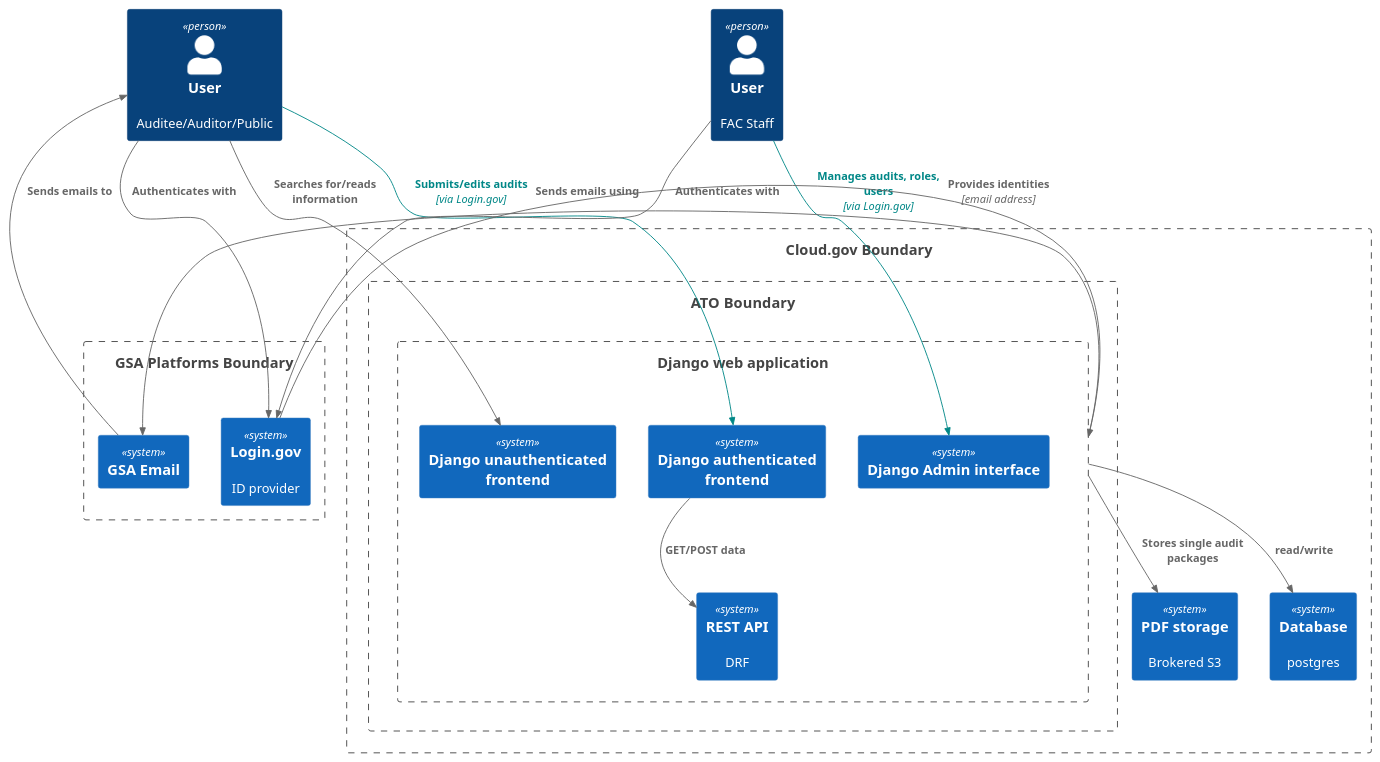
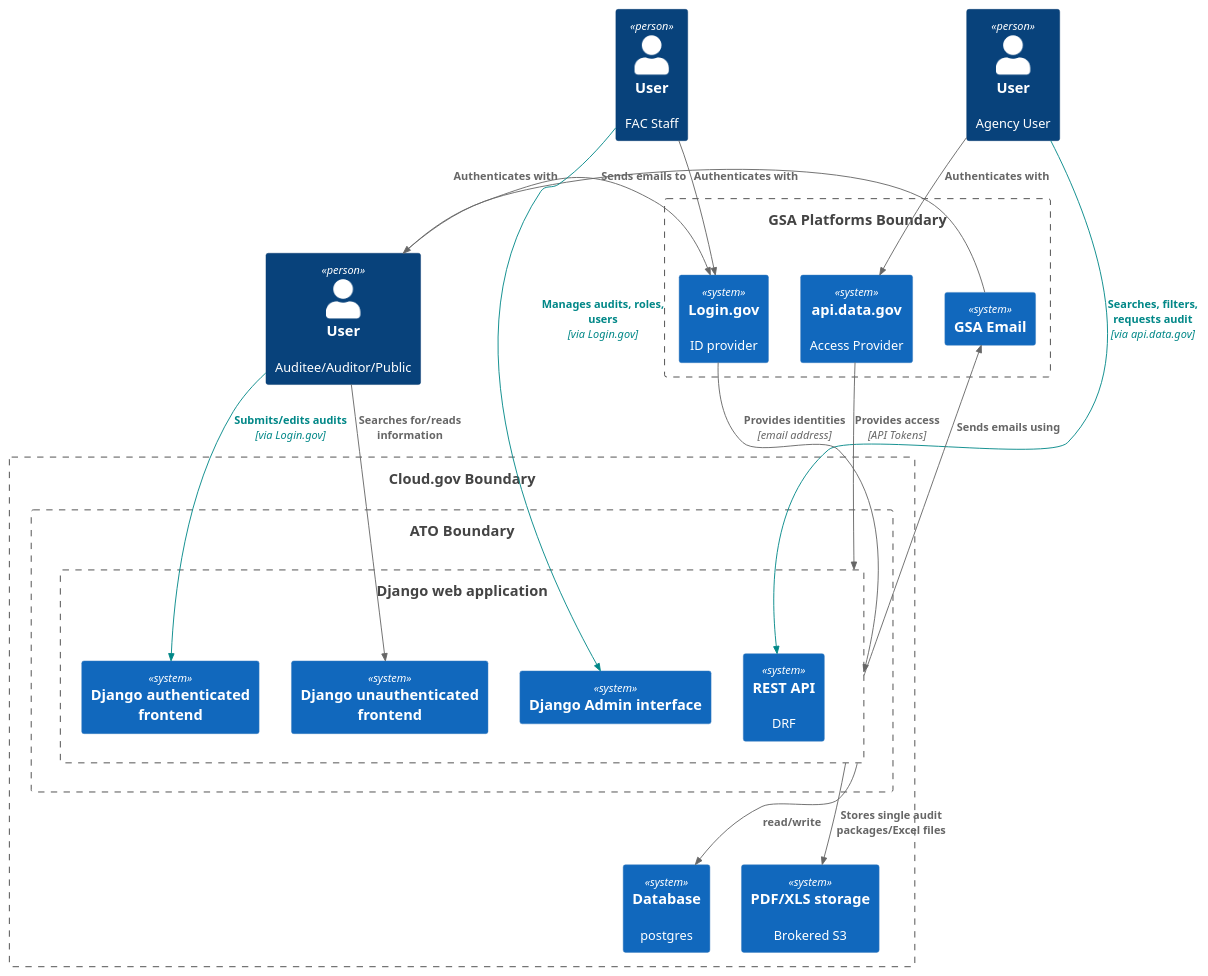
Before and after one commit to GSA-TTS/FAC: the diagram in docs/architecture/diagrams/src/fac_system_context_unified.puml, drawn with PlantUML.

Commit message:
Include api.data.gov and excel

```diff
--- a/docs/architecture/diagrams/src/fac_system_context_unified.puml
+++ b/docs/architecture/diagrams/src/fac_system_context_unified.puml
@@ -1,43 +1,48 @@
-@startuml FAC_System_Context_monolithic
+@startuml FAC_System_Context_unified
 !include https://raw.githubusercontent.com/plantuml-stdlib/C4-PlantUML/master/C4_Container.puml
 
 Person(User, "User", "Auditee/Auditor/Public")
 Person(Staff, "User", "FAC Staff")
+Person(Agency, "User", "Agency User")
 
 
 Boundary(cloudgov, "Cloud.gov Boundary") {
     Boundary(atob, "ATO Boundary") {
         Boundary(backend, "Django web application") {
             System(api, "REST API", "DRF")
             System(admin, "Django Admin interface")
             System(submissions, "Django authenticated frontend")
             System(publicinfo, "Django unauthenticated frontend")
         }
     }
     System(db, "Database", "postgres")
-    System(s3, "PDF storage", "Brokered S3")
+    System(s3, "PDF/XLS storage", "Brokered S3")
 }
 
 Boundary(gsaplatforms, "GSA Platforms Boundary") {
     System(Login, "Login.gov", "ID provider")
+    System(datagov, "api.data.gov", "Access Provider")
     System(Email, "GSA Email")
 }
 
 AddRelTag("authenticated", $lineColor="#008787", $textColor="#008787")
 Rel(User, submissions, "Submits/edits audits", "via Login.gov", $tags="authenticated")
 Rel(User, publicinfo, "Searches for/reads information")
 
 Rel(User, Login, "Authenticates with")
+Rel(Agency, datagov, "Authenticates with")
+
 Rel(Staff, Login, "Authenticates with")
 Rel(Email, User, "Sends emails to")
 Rel(Staff, admin, "Manages audits, roles, users", "via Login.gov", $tags="authenticated")
+Rel(Agency, api, "Searches, filters, requests audit", "via api.data.gov", $tags="authenticated")
 
 Rel(Login, backend, "Provides identities", "email address")
+Rel(datagov, backend, "Provides access", "API Tokens")
 
-Rel_D(backend, Email, "Sends emails using")
-Rel(submissions, api, "GET/POST data")
+Rel(backend, Email, "Sends emails using")
 
 Rel(backend, db, "read/write")
-Rel(backend, s3, "Stores single audit packages")
+Rel(backend, s3, "Stores single audit packages/Excel files")
 
 @enduml
```
